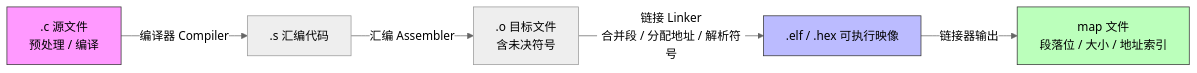
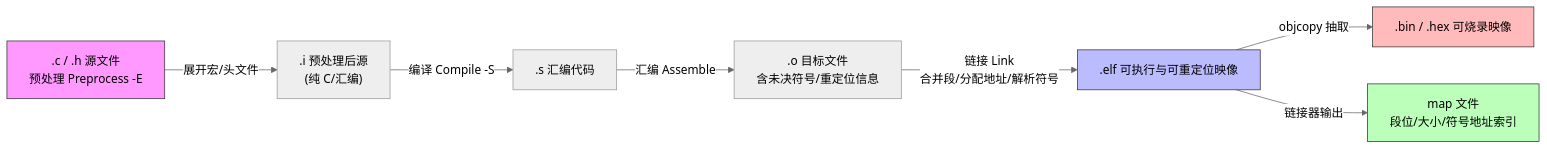
Before and after one commit to 1208826038/embedded-skill-notes: the first of 11 diagrams in articles/06-compile-link.md, drawn with Mermaid (neutral theme). The commit also changed other lines of this file, not shown here.

````diff
--- a/articles/06-compile-link.md
+++ b/articles/06-compile-link.md
@@ -21,10 +19,13 @@
 ```mermaid
 graph LR
-    A[".c 源文件<br/>预处理 / 编译"] -->|"编译器 Compiler"| B[".s 汇编代码"]
-    B -->|"汇编 Assembler"| C[".o 目标文件<br/>含未决符号"]
-    C -->|"链接 Linker<br/>合并段 / 分配地址 / 解析符号"| D[".elf / .hex 可执行映像"]
-    D -->|"链接器输出"| E["map 文件<br/>段落位 / 大小 / 地址索引"]
+    A[".c / .h 源文件<br/>预处理 Preprocess -E"] -->|"展开宏/头文件"| B[".i 预处理后源<br/>(纯 C/汇编)"]
+    B -->|"编译 Compile -S"| C[".s 汇编代码"]
+    C -->|"汇编 Assemble"| D[".o 目标文件<br/>含未决符号/重定位信息"]
+    D -->|"链接 Link<br/>合并段/分配地址/解析符号"| E[".elf 可执行与可重定位映像"]
+    E -->|"objcopy 抽取"| F[".bin / .hex 可烧录映像"]
+    E -->|"链接器输出"| G["map 文件<br/>段位/大小/符号地址索引"]
     style A fill:#f9f,stroke:#333
-    style D fill:#bbf,stroke:#333
-    style E fill:#bfb,stroke:#333
+    style E fill:#bbf,stroke:#333
+    style G fill:#bfb,stroke:#333
+    style F fill:#fbb,stroke:#333
 ```
````
